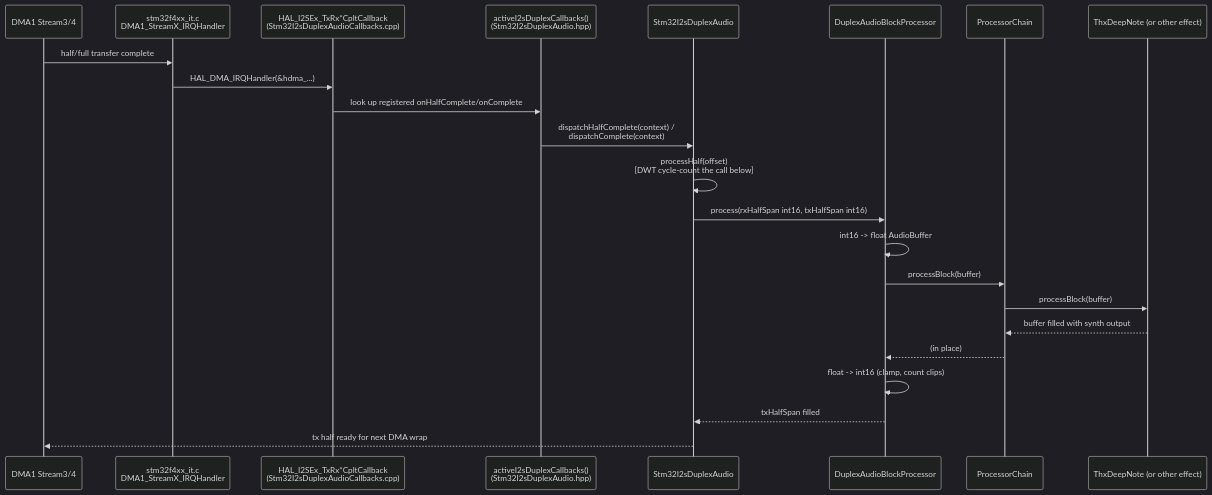
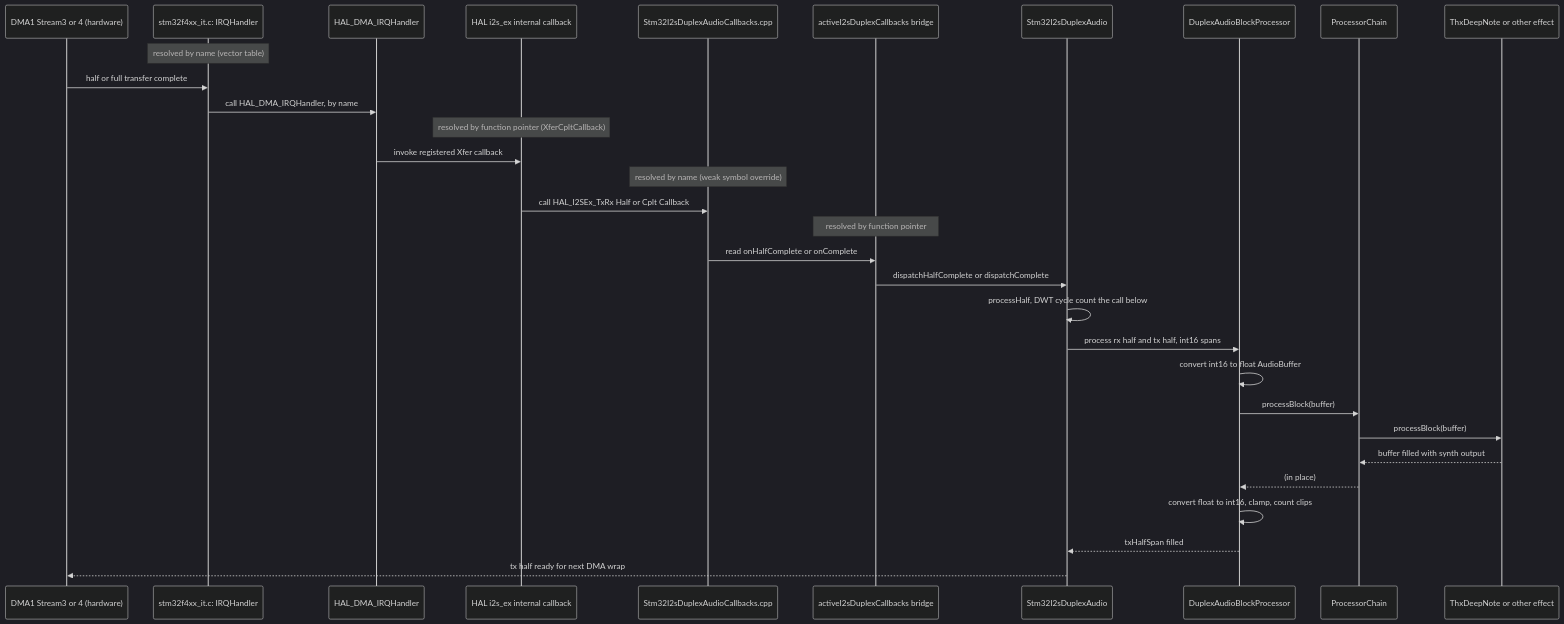
The second of 2 diagrams in docs/audio-dma.md (mirrorganger/GalernaDspSw), drawn with Mermaid (dark theme) before and after one commit. The commit also changed other lines of this file, not shown here.

First line of the commit message:
Rewrite audio-dma.md callback path as step-by-step, fix Mermaid syntax

````diff
--- a/docs/audio-dma.md
+++ b/docs/audio-dma.md
@@ -73,26 +156,34 @@
 ```mermaid
 sequenceDiagram
-    participant DMA as DMA1 Stream3/4
-    participant IT as stm32f4xx_it.c<br/>DMA1_StreamX_IRQHandler
-    participant HAL as HAL_I2SEx_TxRx*CpltCallback<br/>(Stm32I2sDuplexAudioCallbacks.cpp)
-    participant Bridge as activeI2sDuplexCallbacks()<br/>(Stm32I2sDuplexAudio.hpp)
+    participant DMA as DMA1 Stream3 or 4 (hardware)
+    participant IT as stm32f4xx_it.c: IRQHandler
+    participant HALDMA as HAL_DMA_IRQHandler
+    participant I2Sex as HAL i2s_ex internal callback
+    participant HAL as Stm32I2sDuplexAudioCallbacks.cpp
+    participant Bridge as activeI2sDuplexCallbacks bridge
     participant Engine as Stm32I2sDuplexAudio
     participant Block as DuplexAudioBlockProcessor
     participant Chain as ProcessorChain
-    participant Effect as ThxDeepNote (or other effect)
+    participant Effect as ThxDeepNote or other effect
 
-    DMA->>IT: half/full transfer complete
-    IT->>HAL: HAL_DMA_IRQHandler(&hdma_...)
-    HAL->>Bridge: look up registered onHalfComplete/onComplete
-    Bridge->>Engine: dispatchHalfComplete(context) /<br/>dispatchComplete(context)
-    Engine->>Engine: processHalf(offset)<br/>[DWT cycle-count the call below]
-    Engine->>Block: process(rxHalfSpan int16, txHalfSpan int16)
-    Block->>Block: int16 -> float AudioBuffer
+    Note over IT: resolved by name (vector table)
+    DMA->>IT: half or full transfer complete
+    IT->>HALDMA: call HAL_DMA_IRQHandler, by name
+    Note over I2Sex: resolved by function pointer (XferCpltCallback)
+    HALDMA->>I2Sex: invoke registered Xfer callback
+    Note over HAL: resolved by name (weak symbol override)
+    I2Sex->>HAL: call HAL_I2SEx_TxRx Half or Cplt Callback
+    Note over Bridge: resolved by function pointer
+    HAL->>Bridge: read onHalfComplete or onComplete
+    Bridge->>Engine: dispatchHalfComplete or dispatchComplete
+    Engine->>Engine: processHalf, DWT cycle count the call below
+    Engine->>Block: process rx half and tx half, int16 spans
+    Block->>Block: convert int16 to float AudioBuffer
     Block->>Chain: processBlock(buffer)
     Chain->>Effect: processBlock(buffer)
     Effect-->>Chain: buffer filled with synth output
     Chain-->>Block: (in place)
-    Block->>Block: float -> int16 (clamp, count clips)
+    Block->>Block: convert float to int16, clamp, count clips
     Block-->>Engine: txHalfSpan filled
     Engine-->>DMA: tx half ready for next DMA wrap
 ```
````
